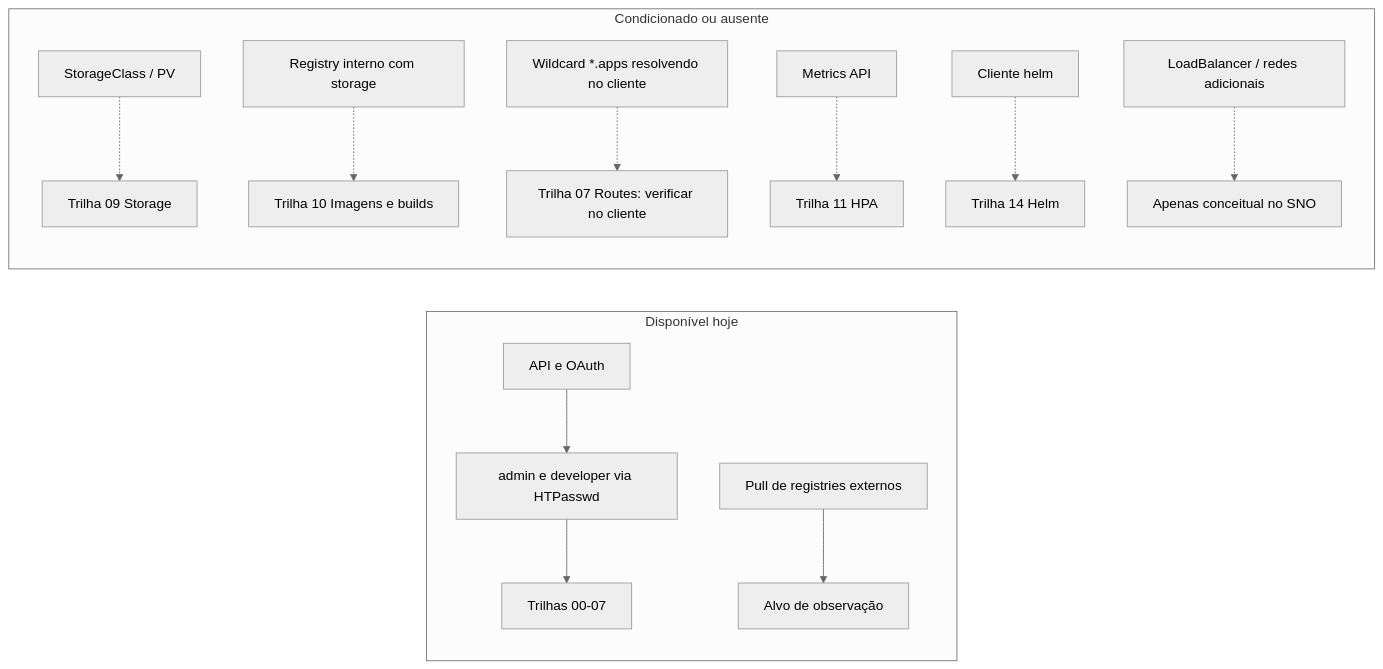
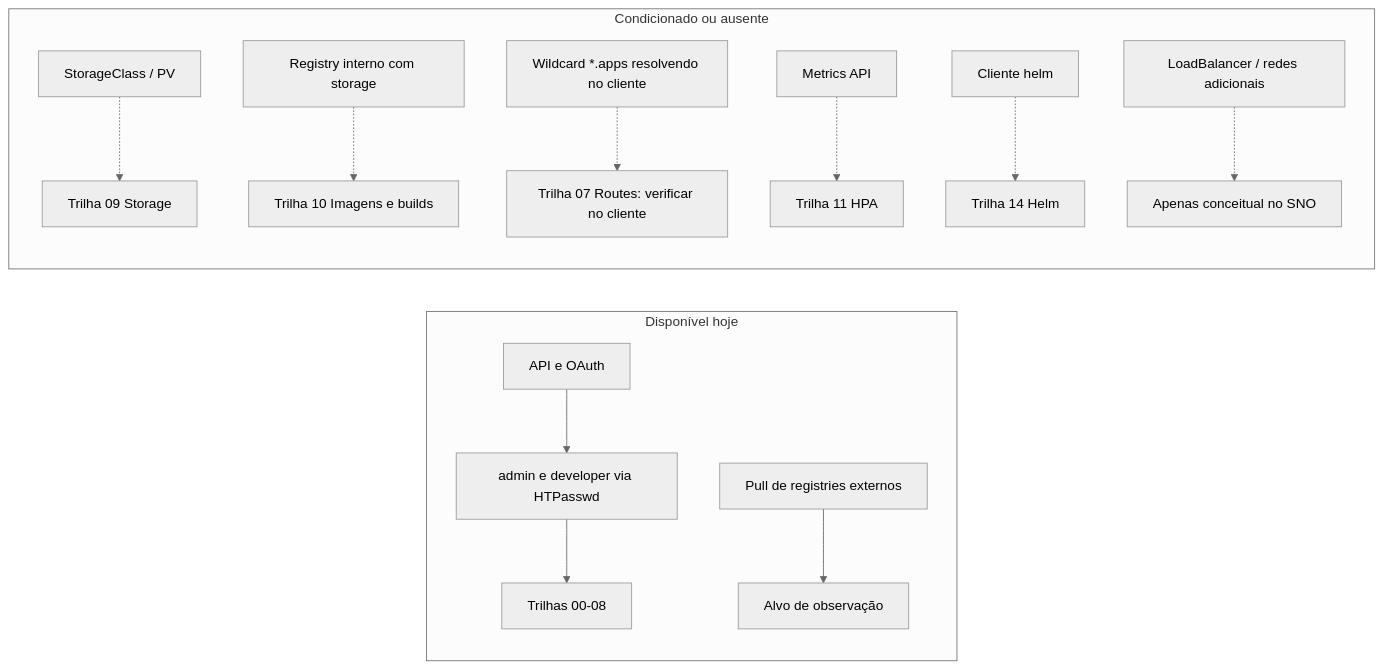
The diagram in catalogo/matriz-competencias.md (eduardoandradej/academia-comandos-openshift), drawn with Mermaid (neutral theme) before and after one commit. The commit also changed other lines of this file and 54 other files, not shown here.

````diff
--- a/catalogo/matriz-competencias.md
+++ b/catalogo/matriz-competencias.md
@@ -51,16 +51,16 @@
 ```mermaid
 flowchart LR
   subgraph disponivel[Disponível hoje]
     API[API e OAuth] --> ID[admin e developer via HTPasswd]
-    ID --> T00[Trilhas 00-07]
+    ID --> T00[Trilhas 00-08]
     IMG[Pull de registries externos] --> T02[Alvo de observação]
   end
   subgraph condicionado[Condicionado ou ausente]
     SC[StorageClass / PV] -.-> T09[Trilha 09 Storage]
     REG[Registry interno com storage] -.-> T10[Trilha 10 Imagens e builds]
     DNS[Wildcard *.apps resolvendo no cliente] -.-> T07[Trilha 07 Routes: verificar no cliente]
     MET[Metrics API] -.-> T11[Trilha 11 HPA]
     HELM[Cliente helm] -.-> T14[Trilha 14 Helm]
     LB[LoadBalancer / redes adicionais] -.-> X[Apenas conceitual no SNO]
   end
 ```
````
